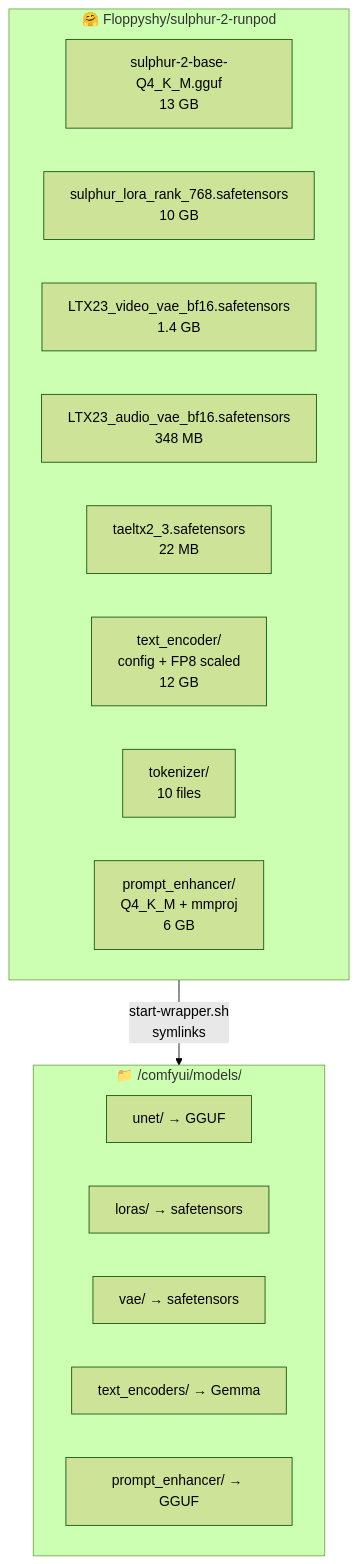
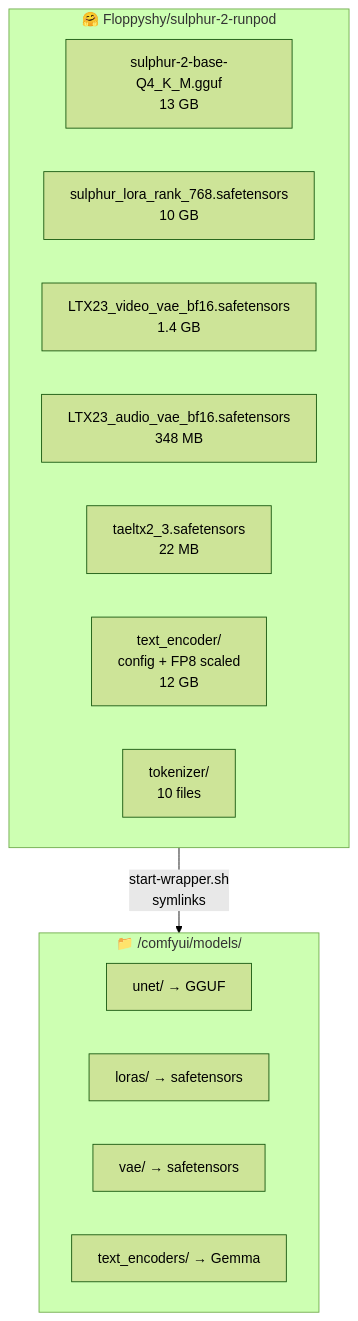
One commit to floppyshy-byte/sulphur-runpod-build changed the fifth of 5 diagrams in WORKFLOW.md. Above: the diagram before and after it, drawn with Mermaid (forest theme). The commit also changed other lines of this file and 9 other files, not shown here.

````diff
--- a/WORKFLOW.md
+++ b/WORKFLOW.md
@@ -127,25 +126,23 @@
 ```mermaid
 flowchart TB
     subgraph HFRepo["🤗 Floppyshy/sulphur-2-runpod"]
         direction LR
         U[sulphur-2-base-Q4_K_M.gguf<br/>13 GB]
         L[sulphur_lora_rank_768.safetensors<br/>10 GB]
         VV[LTX23_video_vae_bf16.safetensors<br/>1.4 GB]
         AV[LTX23_audio_vae_bf16.safetensors<br/>348 MB]
         TV[taeltx2_3.safetensors<br/>22 MB]
         TE[text_encoder/<br/>config + FP8 scaled<br/>12 GB]
         TK[tokenizer/<br/>10 files]
-        PE[prompt_enhancer/<br/>Q4_K_M + mmproj<br/>6 GB]
     end
 
     subgraph ComfyDir["📁 /comfyui/models/"]
         direction LR
         MU[unet/ → GGUF]
         ML[loras/ → safetensors]
         MV[vae/ → safetensors]
         MT[text_encoders/ → Gemma]
-        MP[prompt_enhancer/ → GGUF]
     end
 
     HFRepo -->|"start-wrapper.sh<br/>symlinks"| ComfyDir
 ```
````
